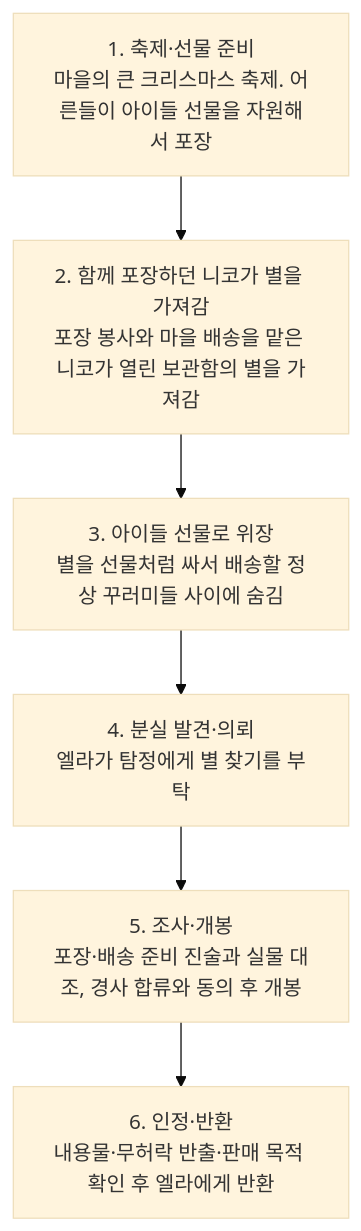
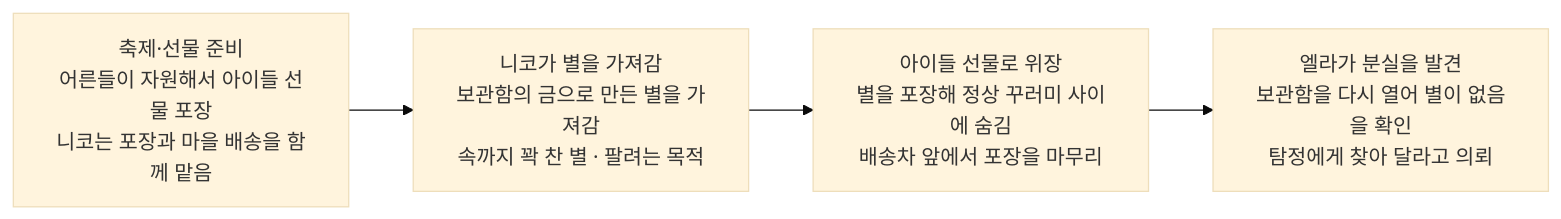
One commit to wonny95/detective-v2 changed the first of 2 diagrams in design/case-10-christmas-star.md. Above: the diagram before and after it, drawn with Mermaid (base theme). The commit also changed other lines of this file and 2 other files, not shown here.

Commit message:
기획: 크리스마스 별 사건 발생과 해결 흐름도 시각화

````diff
--- a/design/case-10-christmas-star.md
+++ b/design/case-10-christmas-star.md
@@ -15,14 +19,10 @@
 ```mermaid
-flowchart TD
-    N1["1. 축제·선물 준비<br/>마을의 큰 크리스마스 축제. 어른들이 아이들 선물을 자원해서 포장"]
-    N2["2. 함께 포장하던 니코가 별을 가져감<br/>포장 봉사와 마을 배송을 맡은 니코가 열린 보관함의 별을 가져감"]
-    N3["3. 아이들 선물로 위장<br/>별을 선물처럼 싸서 배송할 정상 꾸러미들 사이에 숨김"]
-    N4["4. 분실 발견·의뢰<br/>엘라가 탐정에게 별 찾기를 부탁"]
-    N5["5. 조사·개봉<br/>포장·배송 준비 진술과 실물 대조, 경사 합류와 동의 후 개봉"]
-    N6["6. 인정·반환<br/>내용물·무허락 반출·판매 목적 확인 후 엘라에게 반환"]
-    N1 --> N2
-    N2 --> N3
-    N3 --> N4
-    N4 --> N5
-    N5 --> N6
+flowchart LR
+    t1["축제·선물 준비<br/>어른들이 자원해서 아이들 선물 포장<br/>니코는 포장과 마을 배송을 함께 맡음"]
+    t2["니코가 별을 가져감<br/>보관함의 금으로 만든 별을 가져감<br/>속까지 꽉 찬 별 · 팔려는 목적"]
+    t3["아이들 선물로 위장<br/>별을 포장해 정상 꾸러미 사이에 숨김<br/>배송차 앞에서 포장을 마무리"]
+    t4["엘라가 분실을 발견<br/>보관함을 다시 열어 별이 없음을 확인<br/>탐정에게 찾아 달라고 의뢰"]
+    t1 --> t2
+    t2 --> t3
+    t3 --> t4
 ```
````
